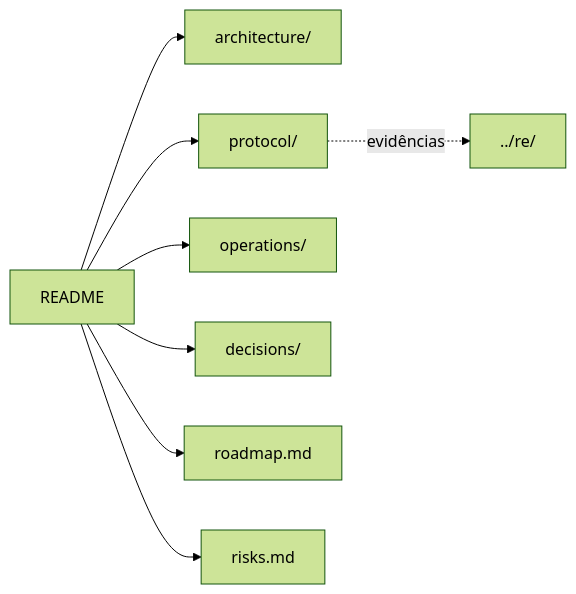
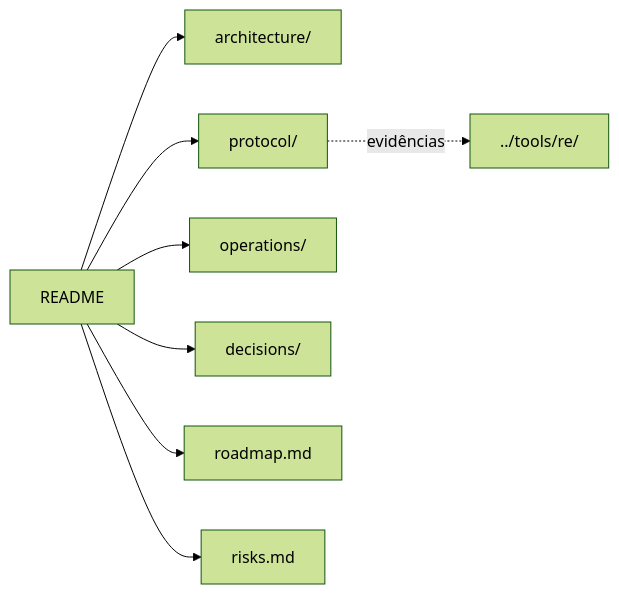
The diagram in docs/README.md (erycson/landmass-emulator), drawn with Mermaid (forest theme) before and after one commit. The commit also changed other lines of this file and 71 other files, not shown here.

````diff
--- a/docs/README.md
+++ b/docs/README.md
@@ -8,10 +8,10 @@
 ```mermaid
 flowchart LR
   idx[README] --> A[architecture/]
   idx --> P[protocol/]
   idx --> O[operations/]
   idx --> D[decisions/]
   idx --> R[roadmap.md]
   idx --> K[risks.md]
-  P -. evidências .-> RE[../re/]
+  P -. evidências .-> RE[../tools/re/]
 ```
````
